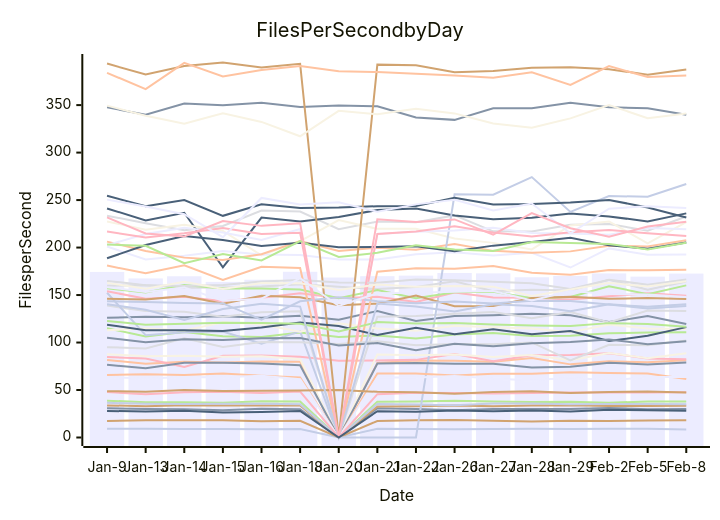
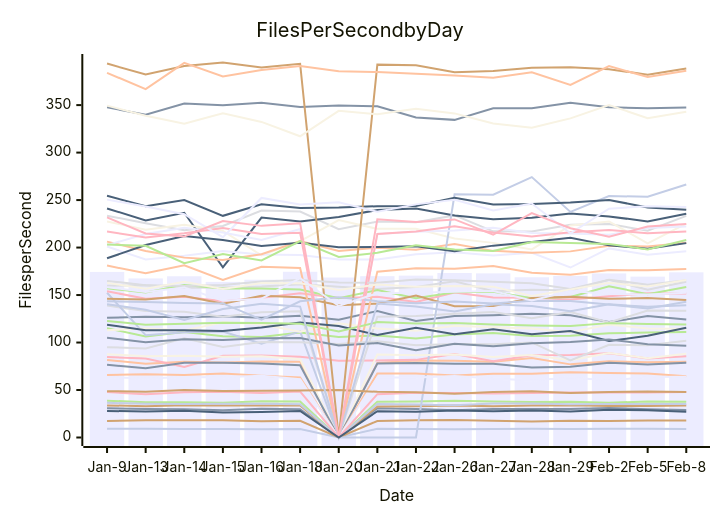
Before and after one commit to streetsidesoftware/cspell: the diagram in perf-report.md, drawn with Mermaid. The commit also changed other lines of this file and 1 other file, not shown here.

````diff
--- a/perf-report.md
+++ b/perf-report.md
@@ -10,57 +10,57 @@
 ```mermaid
 xychart-beta
     title Files Per Second by Day
     y-axis Files per Second
     x-axis Date [Jan-9, Jan-13, Jan-14, Jan-15, Jan-16, Jan-18, Jan-20, Jan-21, Jan-22, Jan-26, Jan-27, Jan-28, Jan-29, Feb-2, Feb-5, Feb-8]
-    bar [174.36, 167.48, 169.75, 163.88, 166.13, 174.50, 168.43, 169.86, 170.44, 173.21, 172.82, 168.69, 170.17, 172.76, 169.39, 172.60]
-    line [30.82, 30.13, 29.74, 28.69, 30.19, 29.74, 0.00, 30.87, 30.00, 28.70, 30.12, 29.90, 29.99, 31.08, 29.80, 30.12]
-    line [81.62, 77.54, 79.76, 78.94, 80.05, 79.79, 0.00, 78.41, 81.03, 80.80, 79.69, 83.58, 77.01, 80.34, 79.32, 81.43]
-    line [233.60, 225.53, 218.14, 222.73, 239.07, 237.86, 219.38, 227.33, 226.70, 233.87, 217.12, 216.93, 224.01, 224.86, 217.64, 232.72]
-    line [115.11, 106.48, 111.07, 106.70, 105.83, 110.59, 105.90, 107.50, 104.30, 108.52, 110.13, 106.78, 107.20, 109.65, 110.63, 110.95]
-    line [33.82, 33.01, 34.00, 33.70, 33.67, 33.62, 0.00, 32.53, 32.97, 33.70, 32.82, 33.62, 33.93, 33.23, 33.25, 33.41]
-    line [9.21, 9.09, 8.82, 8.93, 8.76, 8.99, 0.00, 9.21, 8.99, 8.69, 9.06, 9.17, 8.90, 9.14, 9.10, 8.44]
-    line [84.72, 83.13, 74.36, 86.16, 86.38, 84.98, 80.87, 81.08, 81.74, 87.91, 80.34, 86.50, 86.84, 88.66, 83.22, 82.31]
-    line [241.19, 228.64, 236.61, 179.24, 231.58, 227.41, 232.25, 239.53, 241.09, 233.83, 229.73, 231.27, 235.75, 232.76, 227.56, 236.00]
-    line [227.46, 218.81, 223.94, 217.59, 191.78, 206.70, 229.01, 219.68, 219.77, 209.49, 204.94, 198.04, 223.32, 227.45, 204.37, 226.67]
-    line [201.04, 187.54, 191.28, 196.46, 192.64, 192.25, 187.45, 187.38, 192.87, 195.04, 191.69, 194.48, 178.97, 199.11, 192.32, 192.64]
-    line [125.98, 127.26, 126.67, 127.57, 126.01, 128.09, 123.93, 133.11, 122.76, 127.88, 128.69, 130.23, 128.77, 121.54, 127.82, 119.54]
-    line [206.27, 196.30, 189.40, 186.97, 192.92, 206.92, 196.43, 199.84, 197.78, 203.69, 196.52, 194.52, 195.98, 201.87, 201.12, 207.72]
-    line [138.88, 133.26, 132.31, 127.23, 131.76, 132.93, 0.00, 127.27, 127.81, 130.32, 132.03, 125.54, 132.09, 121.09, 133.64, 133.25]
-    line [38.77, 37.19, 37.15, 36.65, 38.13, 37.95, 0.00, 37.76, 37.89, 38.81, 37.93, 37.35, 37.58, 36.65, 37.87, 37.82]
-    line [17.44, 18.04, 18.04, 18.22, 17.23, 17.55, 0.00, 17.39, 18.17, 18.55, 17.57, 16.82, 17.76, 17.39, 17.79, 18.09]
-    line [152.37, 107.78, 110.93, 111.50, 98.69, 111.74, 0.00, 0.00, 0.00, 256.11, 255.68, 274.20, 237.51, 254.20, 253.57, 266.91]
-    line [153.98, 146.13, 148.32, 143.55, 147.19, 151.83, 146.83, 148.17, 142.81, 152.72, 147.54, 147.09, 145.41, 148.70, 151.93, 149.30]
-    line [188.73, 202.65, 212.27, 207.96, 201.68, 204.97, 200.41, 200.50, 201.35, 196.11, 202.03, 205.84, 210.33, 202.30, 198.84, 205.29]
-    line [87.60, 85.54, 86.15, 85.12, 85.43, 82.51, 0.00, 87.43, 86.48, 87.49, 84.71, 86.94, 81.29, 88.85, 83.51, 88.69]
-    line [202.60, 214.18, 220.74, 215.80, 207.87, 219.52, 0.00, 214.36, 216.75, 217.84, 220.87, 215.44, 214.77, 213.40, 220.70, 219.20]
-    line [76.50, 72.97, 78.65, 78.72, 77.98, 76.03, 0.00, 77.82, 78.41, 77.74, 77.78, 73.82, 74.60, 78.73, 76.88, 78.95]
-    line [65.84, 66.66, 65.78, 67.40, 65.04, 63.23, 0.00, 67.48, 67.27, 65.41, 67.07, 67.22, 68.71, 67.83, 67.42, 61.62]
-    line [164.91, 160.36, 157.59, 157.97, 159.04, 161.40, 158.69, 156.26, 158.43, 164.60, 154.09, 155.59, 154.71, 166.16, 160.94, 166.38]
-    line [157.09, 152.68, 160.69, 156.79, 156.81, 155.73, 146.52, 155.23, 146.60, 152.95, 153.44, 146.68, 148.04, 159.34, 150.93, 160.17]
-    line [146.15, 145.30, 149.05, 140.78, 149.26, 147.65, 139.36, 140.95, 149.41, 138.21, 138.55, 146.90, 148.25, 146.04, 146.87, 145.80]
-    line [36.49, 35.46, 35.24, 35.59, 35.58, 35.07, 0.00, 35.24, 34.68, 33.94, 35.92, 35.70, 34.97, 35.24, 35.24, 34.97]
-    line [216.92, 210.61, 215.07, 220.69, 214.26, 215.48, 0.00, 214.23, 216.83, 222.41, 215.81, 211.64, 216.10, 218.52, 215.06, 212.11]
-    line [254.55, 243.64, 250.04, 233.42, 245.62, 241.64, 242.10, 243.52, 243.78, 252.46, 245.33, 245.88, 247.56, 250.17, 242.23, 231.56]
-    line [112.94, 114.87, 112.73, 121.37, 119.21, 111.41, 120.28, 114.69, 112.28, 117.78, 116.14, 114.78, 110.96, 118.96, 114.84, 114.29]
-    line [63.67, 62.15, 63.63, 63.52, 64.93, 61.26, 0.00, 63.19, 63.24, 64.72, 62.00, 60.00, 63.28, 59.94, 63.60, 63.80]
-    line [347.65, 339.94, 351.75, 349.84, 352.46, 347.95, 349.61, 348.67, 336.98, 334.45, 346.57, 346.60, 352.58, 347.78, 346.57, 339.76]
-    line [181.04, 172.87, 181.24, 165.83, 179.67, 178.49, 0.00, 174.64, 178.29, 177.69, 180.46, 173.36, 171.47, 176.27, 176.08, 176.70]
-    line [95.10, 93.83, 104.36, 95.41, 100.49, 100.17, 98.43, 101.26, 97.05, 98.45, 98.30, 100.11, 81.16, 97.62, 97.16, 102.18]
-    line [203.10, 201.84, 183.49, 193.18, 186.41, 206.76, 190.09, 194.48, 202.39, 197.93, 196.32, 205.82, 204.70, 203.85, 198.04, 204.95]
-    line [393.74, 382.18, 391.17, 394.86, 389.55, 393.53, 0.00, 392.61, 391.87, 384.72, 385.87, 389.43, 389.76, 387.86, 381.95, 387.39]
-    line [143.49, 142.76, 141.64, 141.15, 123.99, 143.49, 147.59, 143.59, 141.42, 143.21, 141.20, 143.98, 143.78, 140.14, 135.87, 138.56]
-    line [47.88, 45.48, 47.52, 48.15, 46.82, 48.44, 0.00, 45.59, 47.24, 46.87, 46.43, 46.80, 47.45, 47.29, 47.35, 47.63]
-    line [118.83, 112.95, 112.89, 112.17, 115.75, 121.13, 117.45, 107.89, 115.63, 108.80, 113.98, 108.63, 112.03, 101.57, 107.21, 116.23]
-    line [349.42, 338.80, 330.51, 341.37, 332.29, 317.17, 344.00, 340.27, 346.07, 341.26, 330.59, 326.24, 336.05, 350.02, 336.18, 341.14]
-    line [250.47, 243.18, 235.07, 210.91, 252.26, 245.25, 247.79, 237.71, 245.48, 250.24, 239.03, 246.34, 215.04, 240.95, 243.60, 241.59]
-    line [105.08, 100.22, 103.42, 102.77, 104.55, 104.84, 96.90, 99.42, 91.88, 98.65, 96.11, 99.25, 100.66, 103.18, 98.24, 101.29]
-    line [384.01, 366.78, 394.48, 380.24, 387.08, 391.19, 385.76, 384.74, 382.99, 381.11, 378.87, 384.64, 371.32, 391.09, 379.53, 381.07]
-    line [159.91, 160.33, 159.51, 160.62, 164.27, 165.83, 163.17, 162.82, 166.39, 165.48, 164.06, 162.34, 156.27, 166.07, 155.61, 164.31]
-    line [122.67, 118.82, 119.70, 120.72, 120.60, 119.83, 111.61, 121.49, 119.94, 120.57, 119.01, 117.99, 117.30, 120.43, 119.43, 116.51]
-    line [48.81, 48.15, 49.96, 48.86, 49.35, 49.61, 49.98, 48.14, 47.57, 46.02, 47.96, 48.80, 46.78, 47.79, 48.42, 47.51]
-    line [140.31, 134.58, 123.64, 135.23, 140.79, 137.86, 0.00, 141.02, 138.02, 132.73, 140.24, 138.48, 133.03, 140.20, 137.55, 140.25]
-    line [231.74, 214.77, 211.68, 227.93, 222.84, 225.57, 0.00, 229.76, 226.99, 229.64, 213.50, 236.23, 220.41, 211.45, 222.13, 227.08]
-    line [27.98, 27.25, 28.25, 26.29, 26.94, 27.92, 0.00, 27.74, 27.10, 28.41, 27.77, 28.43, 27.26, 29.20, 28.78, 28.07]
-    line [162.81, 156.59, 163.92, 156.50, 162.70, 162.52, 155.39, 161.05, 158.62, 159.47, 158.84, 149.03, 155.81, 162.82, 158.93, 164.59]
-    line [158.28, 153.24, 158.05, 143.97, 146.11, 167.84, 138.47, 151.83, 152.31, 153.48, 154.19, 144.39, 154.19, 151.10, 150.58, 147.96]
+    bar [174.36, 167.48, 169.75, 163.88, 166.13, 174.50, 168.43, 169.86, 170.44, 173.21, 172.82, 168.69, 170.17, 172.76, 169.39, 173.94]
+    line [30.82, 30.13, 29.74, 28.69, 30.19, 29.74, 0.00, 30.87, 30.00, 28.70, 30.12, 29.90, 29.99, 31.08, 29.80, 28.87]
+    line [81.62, 77.54, 79.76, 78.94, 80.05, 79.79, 0.00, 78.41, 81.03, 80.80, 79.69, 83.58, 77.01, 80.34, 79.32, 79.86]
+    line [233.60, 225.53, 218.14, 222.73, 239.07, 237.86, 219.38, 227.33, 226.70, 233.87, 217.12, 216.93, 224.01, 224.86, 217.64, 233.33]
+    line [115.11, 106.48, 111.07, 106.70, 105.83, 110.59, 105.90, 107.50, 104.30, 108.52, 110.13, 106.78, 107.20, 109.65, 110.63, 111.16]
+    line [33.82, 33.01, 34.00, 33.70, 33.67, 33.62, 0.00, 32.53, 32.97, 33.70, 32.82, 33.62, 33.93, 33.23, 33.25, 33.77]
+    line [9.21, 9.09, 8.82, 8.93, 8.76, 8.99, 0.00, 9.21, 8.99, 8.69, 9.06, 9.17, 8.90, 9.14, 9.10, 8.87]
+    line [84.72, 83.13, 74.36, 86.16, 86.38, 84.98, 80.87, 81.08, 81.74, 87.91, 80.34, 86.50, 86.84, 88.66, 83.22, 85.59]
+    line [241.19, 228.64, 236.61, 179.24, 231.58, 227.41, 232.25, 239.53, 241.09, 233.83, 229.73, 231.27, 235.75, 232.76, 227.56, 235.60]
+    line [227.46, 218.81, 223.94, 217.59, 191.78, 206.70, 229.01, 219.68, 219.77, 209.49, 204.94, 198.04, 223.32, 227.45, 204.37, 225.14]
+    line [201.04, 187.54, 191.28, 196.46, 192.64, 192.25, 187.45, 187.38, 192.87, 195.04, 191.69, 194.48, 178.97, 199.11, 192.32, 196.15]
+    line [125.98, 127.26, 126.67, 127.57, 126.01, 128.09, 123.93, 133.11, 122.76, 127.88, 128.69, 130.23, 128.77, 121.54, 127.82, 124.27]
+    line [206.27, 196.30, 189.40, 186.97, 192.92, 206.92, 196.43, 199.84, 197.78, 203.69, 196.52, 194.52, 195.98, 201.87, 201.12, 204.97]
+    line [138.88, 133.26, 132.31, 127.23, 131.76, 132.93, 0.00, 127.27, 127.81, 130.32, 132.03, 125.54, 132.09, 121.09, 133.64, 133.48]
+    line [38.77, 37.19, 37.15, 36.65, 38.13, 37.95, 0.00, 37.76, 37.89, 38.81, 37.93, 37.35, 37.58, 36.65, 37.87, 37.52]
+    line [17.44, 18.04, 18.04, 18.22, 17.23, 17.55, 0.00, 17.39, 18.17, 18.55, 17.57, 16.82, 17.76, 17.39, 17.79, 18.01]
+    line [152.37, 107.78, 110.93, 111.50, 98.69, 111.74, 0.00, 0.00, 0.00, 256.11, 255.68, 274.20, 237.51, 254.20, 253.57, 266.34]
+    line [153.98, 146.13, 148.32, 143.55, 147.19, 151.83, 146.83, 148.17, 142.81, 152.72, 147.54, 147.09, 145.41, 148.70, 151.93, 151.71]
+    line [188.73, 202.65, 212.27, 207.96, 201.68, 204.97, 200.41, 200.50, 201.35, 196.11, 202.03, 205.84, 210.33, 202.30, 198.84, 204.68]
+    line [87.60, 85.54, 86.15, 85.12, 85.43, 82.51, 0.00, 87.43, 86.48, 87.49, 84.71, 86.94, 81.29, 88.85, 83.51, 88.25]
+    line [202.60, 214.18, 220.74, 215.80, 207.87, 219.52, 0.00, 214.36, 216.75, 217.84, 220.87, 215.44, 214.77, 213.40, 220.70, 222.08]
+    line [76.50, 72.97, 78.65, 78.72, 77.98, 76.03, 0.00, 77.82, 78.41, 77.74, 77.78, 73.82, 74.60, 78.73, 76.88, 78.62]
+    line [65.84, 66.66, 65.78, 67.40, 65.04, 63.23, 0.00, 67.48, 67.27, 65.41, 67.07, 67.22, 68.71, 67.83, 67.42, 64.50]
+    line [164.91, 160.36, 157.59, 157.97, 159.04, 161.40, 158.69, 156.26, 158.43, 164.60, 154.09, 155.59, 154.71, 166.16, 160.94, 165.57]
+    line [157.09, 152.68, 160.69, 156.79, 156.81, 155.73, 146.52, 155.23, 146.60, 152.95, 153.44, 146.68, 148.04, 159.34, 150.93, 158.41]
+    line [146.15, 145.30, 149.05, 140.78, 149.26, 147.65, 139.36, 140.95, 149.41, 138.21, 138.55, 146.90, 148.25, 146.04, 146.87, 144.71]
+    line [36.49, 35.46, 35.24, 35.59, 35.58, 35.07, 0.00, 35.24, 34.68, 33.94, 35.92, 35.70, 34.97, 35.24, 35.24, 35.29]
+    line [216.92, 210.61, 215.07, 220.69, 214.26, 215.48, 0.00, 214.23, 216.83, 222.41, 215.81, 211.64, 216.10, 218.52, 215.06, 216.88]
+    line [254.55, 243.64, 250.04, 233.42, 245.62, 241.64, 242.10, 243.52, 243.78, 252.46, 245.33, 245.88, 247.56, 250.17, 242.23, 239.94]
+    line [112.94, 114.87, 112.73, 121.37, 119.21, 111.41, 120.28, 114.69, 112.28, 117.78, 116.14, 114.78, 110.96, 118.96, 114.84, 114.56]
+    line [63.67, 62.15, 63.63, 63.52, 64.93, 61.26, 0.00, 63.19, 63.24, 64.72, 62.00, 60.00, 63.28, 59.94, 63.60, 64.06]
+    line [347.65, 339.94, 351.75, 349.84, 352.46, 347.95, 349.61, 348.67, 336.98, 334.45, 346.57, 346.60, 352.58, 347.78, 346.57, 347.57]
+    line [181.04, 172.87, 181.24, 165.83, 179.67, 178.49, 0.00, 174.64, 178.29, 177.69, 180.46, 173.36, 171.47, 176.27, 176.08, 177.50]
+    line [95.10, 93.83, 104.36, 95.41, 100.49, 100.17, 98.43, 101.26, 97.05, 98.45, 98.30, 100.11, 81.16, 97.62, 97.16, 101.86]
+    line [203.10, 201.84, 183.49, 193.18, 186.41, 206.76, 190.09, 194.48, 202.39, 197.93, 196.32, 205.82, 204.70, 203.85, 198.04, 207.86]
+    line [393.74, 382.18, 391.17, 394.86, 389.55, 393.53, 0.00, 392.61, 391.87, 384.72, 385.87, 389.43, 389.76, 387.86, 381.95, 388.55]
+    line [143.49, 142.76, 141.64, 141.15, 123.99, 143.49, 147.59, 143.59, 141.42, 143.21, 141.20, 143.98, 143.78, 140.14, 135.87, 142.86]
+    line [47.88, 45.48, 47.52, 48.15, 46.82, 48.44, 0.00, 45.59, 47.24, 46.87, 46.43, 46.80, 47.45, 47.29, 47.35, 47.86]
+    line [118.83, 112.95, 112.89, 112.17, 115.75, 121.13, 117.45, 107.89, 115.63, 108.80, 113.98, 108.63, 112.03, 101.57, 107.21, 115.59]
+    line [349.42, 338.80, 330.51, 341.37, 332.29, 317.17, 344.00, 340.27, 346.07, 341.26, 330.59, 326.24, 336.05, 350.02, 336.18, 342.95]
+    line [250.47, 243.18, 235.07, 210.91, 252.26, 245.25, 247.79, 237.71, 245.48, 250.24, 239.03, 246.34, 215.04, 240.95, 243.60, 242.70]
+    line [105.08, 100.22, 103.42, 102.77, 104.55, 104.84, 96.90, 99.42, 91.88, 98.65, 96.11, 99.25, 100.66, 103.18, 98.24, 96.65]
+    line [384.01, 366.78, 394.48, 380.24, 387.08, 391.19, 385.76, 384.74, 382.99, 381.11, 378.87, 384.64, 371.32, 391.09, 379.53, 386.07]
+    line [159.91, 160.33, 159.51, 160.62, 164.27, 165.83, 163.17, 162.82, 166.39, 165.48, 164.06, 162.34, 156.27, 166.07, 155.61, 164.06]
+    line [122.67, 118.82, 119.70, 120.72, 120.60, 119.83, 111.61, 121.49, 119.94, 120.57, 119.01, 117.99, 117.30, 120.43, 119.43, 118.96]
+    line [48.81, 48.15, 49.96, 48.86, 49.35, 49.61, 49.98, 48.14, 47.57, 46.02, 47.96, 48.80, 46.78, 47.79, 48.42, 47.97]
+    line [140.31, 134.58, 123.64, 135.23, 140.79, 137.86, 0.00, 141.02, 138.02, 132.73, 140.24, 138.48, 133.03, 140.20, 137.55, 139.32]
+    line [231.74, 214.77, 211.68, 227.93, 222.84, 225.57, 0.00, 229.76, 226.99, 229.64, 213.50, 236.23, 220.41, 211.45, 222.13, 224.72]
+    line [27.98, 27.25, 28.25, 26.29, 26.94, 27.92, 0.00, 27.74, 27.10, 28.41, 27.77, 28.43, 27.26, 29.20, 28.78, 27.22]
+    line [162.81, 156.59, 163.92, 156.50, 162.70, 162.52, 155.39, 161.05, 158.62, 159.47, 158.84, 149.03, 155.81, 162.82, 158.93, 165.88]
+    line [158.28, 153.24, 158.05, 143.97, 146.11, 167.84, 138.47, 151.83, 152.31, 153.48, 154.19, 144.39, 154.19, 151.10, 150.58, 152.48]
 ```
````
